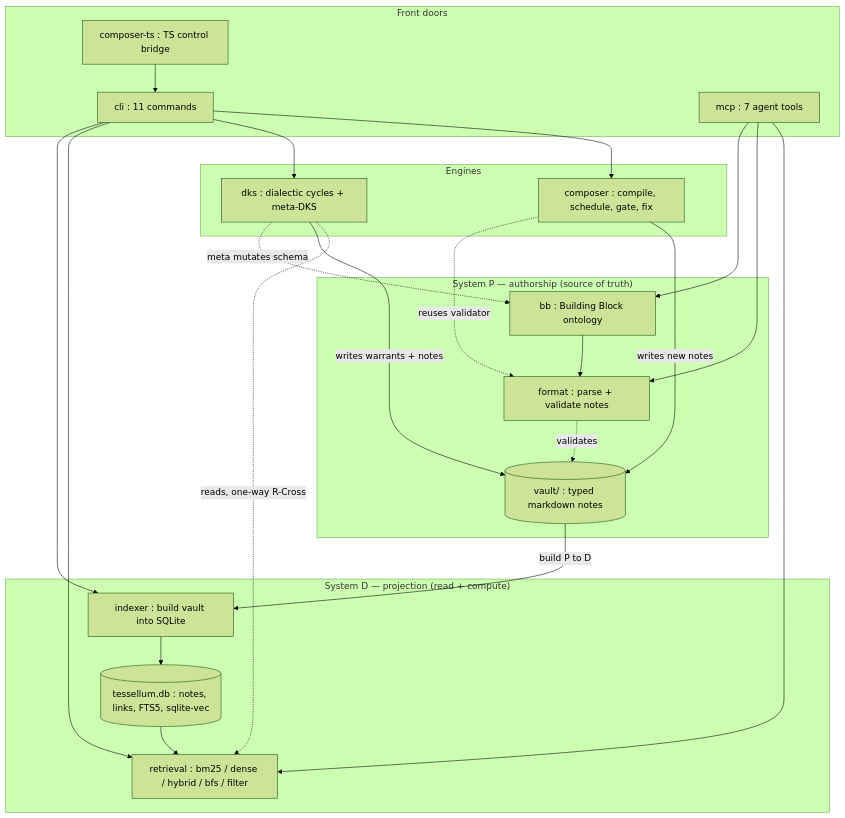
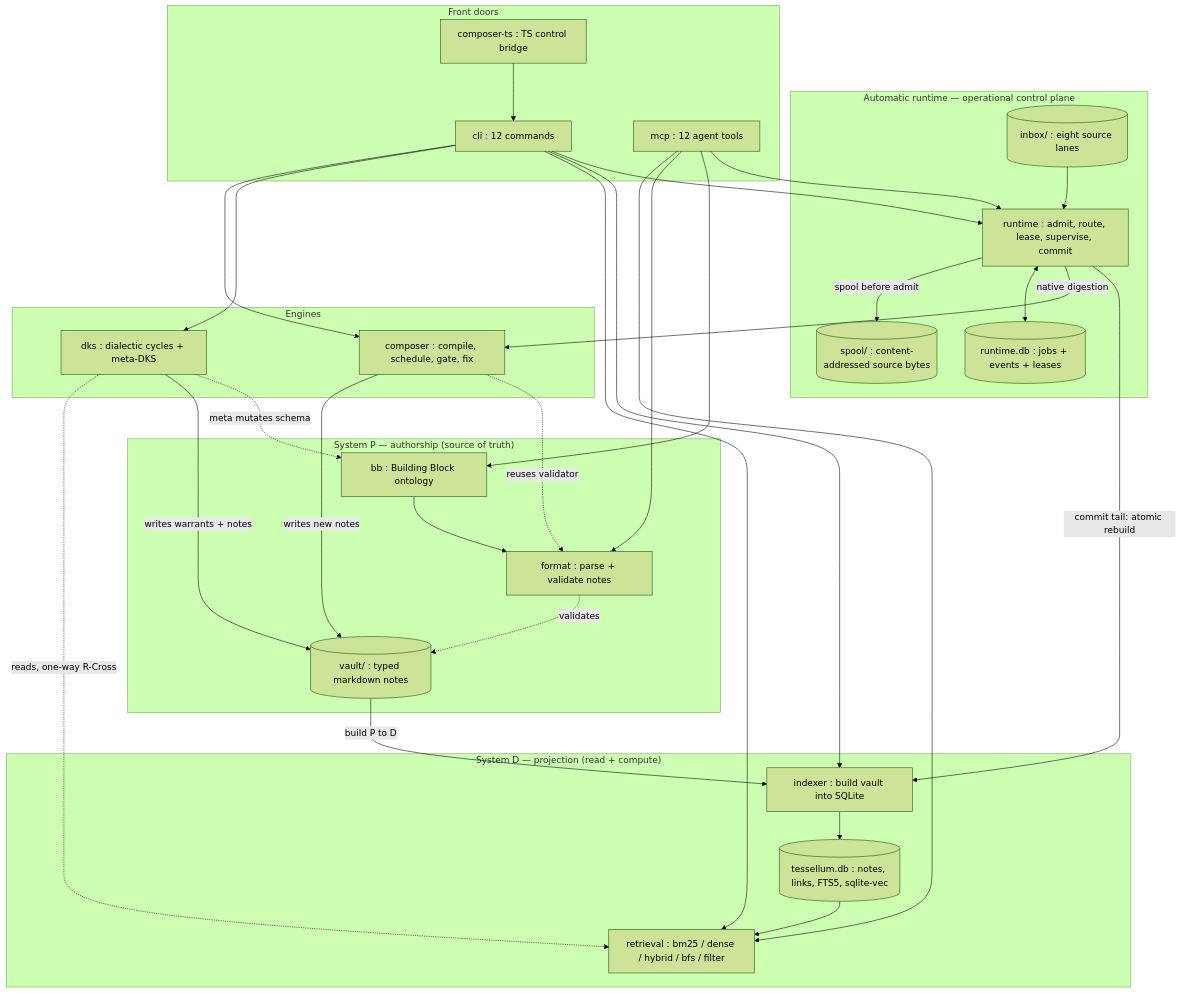
Before and after one commit to TianpeiLuke/Tessellum: the diagram in docs/architecture.md, drawn with Mermaid (forest theme). The commit also changed other lines of this file and 71 other files, not shown here.

Commit message:
release: 1.2.0 - add durable automatic runtime v5

````diff
--- a/docs/architecture.md
+++ b/docs/architecture.md
@@ -38,44 +27,58 @@
 ```mermaid
 flowchart TB
     subgraph SP["System P — authorship (source of truth)"]
         bb["bb : Building Block ontology"]
         format["format : parse + validate notes"]
         vault[("vault/ : typed markdown notes")]
     end
 
     subgraph SD["System D — projection (read + compute)"]
         indexer["indexer : build vault into SQLite"]
         db[("tessellum.db : notes, links, FTS5, sqlite-vec")]
         retrieval["retrieval : bm25 / dense / hybrid / bfs / filter"]
     end
 
     subgraph ENG["Engines"]
         composer["composer : compile, schedule, gate, fix"]
         dks["dks : dialectic cycles + meta-DKS"]
     end
 
+    subgraph OPS["Automatic runtime — operational control plane"]
+        inbox[("inbox/ : eight source lanes")]
+        runtime["runtime : admit, route, lease, supervise, commit"]
+        spool[("spool/ : content-addressed source bytes")]
+        runtime_db[("runtime.db : jobs + events + leases")]
+    end
+
     subgraph UI["Front doors"]
-        cli["cli : 11 commands"]
-        mcp["mcp : 7 agent tools"]
+        cli["cli : 12 commands"]
+        mcp["mcp : 12 agent tools"]
         cts["composer-ts : TS control bridge"]
     end
 
     bb --> format
     format -.->|validates| vault
     vault -->|build P to D| indexer --> db --> retrieval
 
     composer -->|writes new notes| vault
     composer -.->|reuses validator| format
     dks -.->|reads, one-way R-Cross| retrieval
     dks -->|writes warrants + notes| vault
     dks -.->|meta mutates schema| bb
+    inbox --> runtime
+    runtime -->|spool before admit| spool
+    runtime <--> runtime_db
+    runtime -->|native digestion| composer
+    runtime -->|commit tail: atomic rebuild| indexer
 
     cli --> composer
     cli --> dks
     cli --> retrieval
     cli --> indexer
+    cli --> runtime
     mcp --> retrieval
     mcp --> format
     mcp --> bb
+    mcp --> runtime
     cts --> cli
 ```
````
